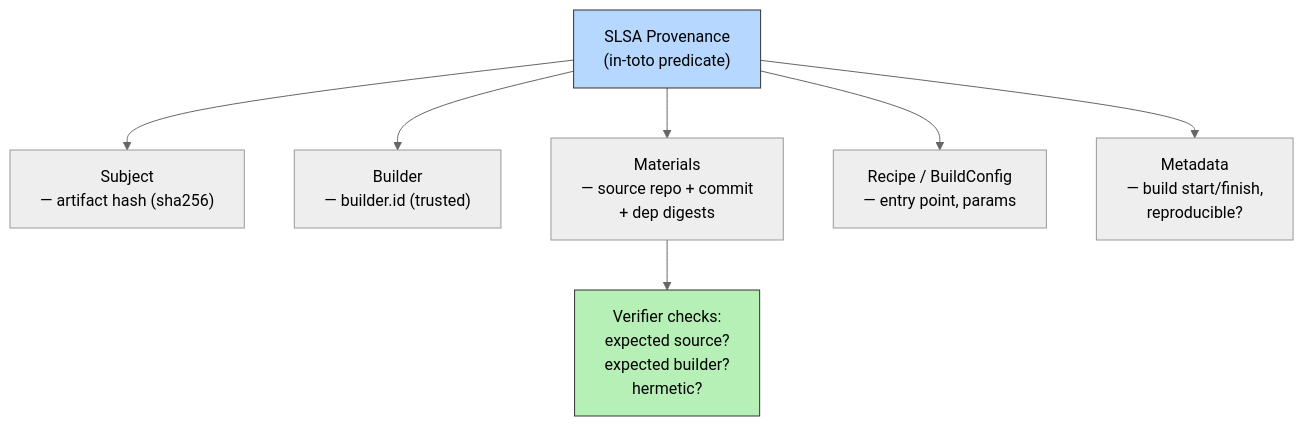
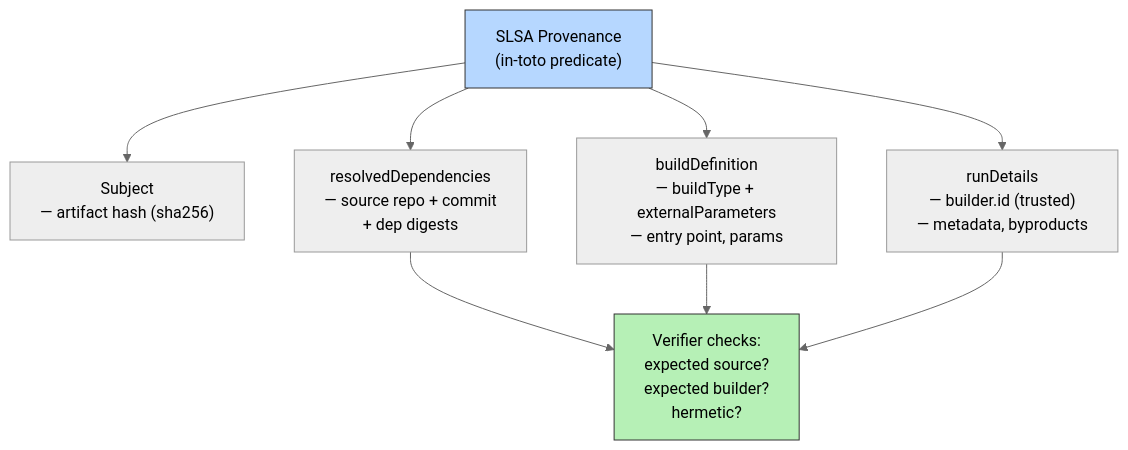
The sixth of 7 diagrams in book-04-build-cicd/ch03-slsa-provenance.md (bumbsclaw/textbooks), drawn with Mermaid (neutral theme) before and after one commit. The commit also changed other lines of this file and 7 other files, not shown here.

Commit message:
fix(quality): P0 audit corrections — PromQL typo, flowcontrol v1, ZGC flags, Go barrier date, buf pin, SLSA labels, STYLE 6-8

````diff
--- a/book-04-build-cicd/ch03-slsa-provenance.md
+++ b/book-04-build-cicd/ch03-slsa-provenance.md
@@ -756,12 +756,13 @@
 ```mermaid
 flowchart TD
     PROV["SLSA Provenance<br/>(in-toto predicate)"] --> SUBJ["Subject<br/>— artifact hash (sha256)"]
-    PROV --> BUILDER["Builder<br/>— builder.id (trusted)"]
-    PROV --> MATERIALS["Materials<br/>— source repo + commit<br/>+ dep digests"]
-    PROV --> RECIPE["Recipe / BuildConfig<br/>— entry point, params"]
-    PROV --> META["Metadata<br/>— build start/finish,<br/>reproducible?"]
+    PROV --> BD["buildDefinition<br/>— buildType + externalParameters<br/>— entry point, params"]
+    PROV --> RD["resolvedDependencies<br/>— source repo + commit<br/>+ dep digests"]
+    PROV --> RUN["runDetails<br/>— builder.id (trusted)<br/>— metadata, byproducts"]
 
-    MATERIALS --> VERIFY["Verifier checks:<br/>expected source?<br/>expected builder?<br/>hermetic?"]
+    RD --> VERIFY["Verifier checks:<br/>expected source?<br/>expected builder?<br/>hermetic?"]
+    BD --> VERIFY
+    RUN --> VERIFY
     style PROV fill:#b6d7ff,stroke:#333
     style VERIFY fill:#b6f0b6,stroke:#333
 ```
````
